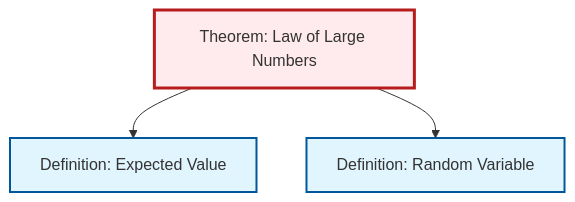
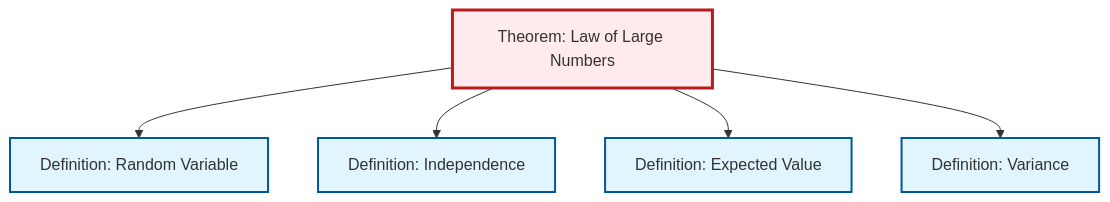
Before and after one commit to RK0429/ModernMath: the second of 2 diagrams in content/en/probability-statistics/thm-law-of-large-numbers.qmd, drawn with Mermaid. The commit also changed 474 other files, not shown here.

````diff
--- a/content/en/probability-statistics/thm-law-of-large-numbers.qmd
+++ b/content/en/probability-statistics/thm-law-of-large-numbers.qmd
@@ -83,17 +83,23 @@
 ```{mermaid}
 %%| fig-cap: "Local dependency graph"
 graph TD
     classDef definition fill:#e1f5fe,stroke:#01579b,stroke-width:2px
     classDef theorem fill:#f3e5f5,stroke:#4a148c,stroke-width:2px
     classDef axiom fill:#fff3e0,stroke:#e65100,stroke-width:2px
     classDef example fill:#e8f5e9,stroke:#1b5e20,stroke-width:2px
     classDef current fill:#ffebee,stroke:#b71c1c,stroke-width:3px
-    def-random-variable["Definition: Random Variable"]:::definition
     thm-law-of-large-numbers["Theorem: Law of Large Numbers"]:::theorem
     def-expectation["Definition: Expected Value"]:::definition
+    def-random-variable["Definition: Random Variable"]:::definition
+    def-independence["Definition: Independence"]:::definition
+    def-variance["Definition: Variance"]:::definition
+    thm-law-of-large-numbers --> def-random-variable
+    thm-law-of-large-numbers --> def-independence
     thm-law-of-large-numbers --> def-expectation
-    thm-law-of-large-numbers --> def-random-variable
+    thm-law-of-large-numbers --> def-variance
     class thm-law-of-large-numbers current
+    click def-expectation "def-expectation.html" "Go to Expected Value definition"
     click def-random-variable "def-random-variable.html" "Go to Random Variable definition"
-    click def-expectation "def-expectation.html" "Go to Expected Value definition"
+    click def-independence "def-independence.html" "Go to Independence definition"
+    click def-variance "def-variance.html" "Go to Variance definition"
 ```
````
